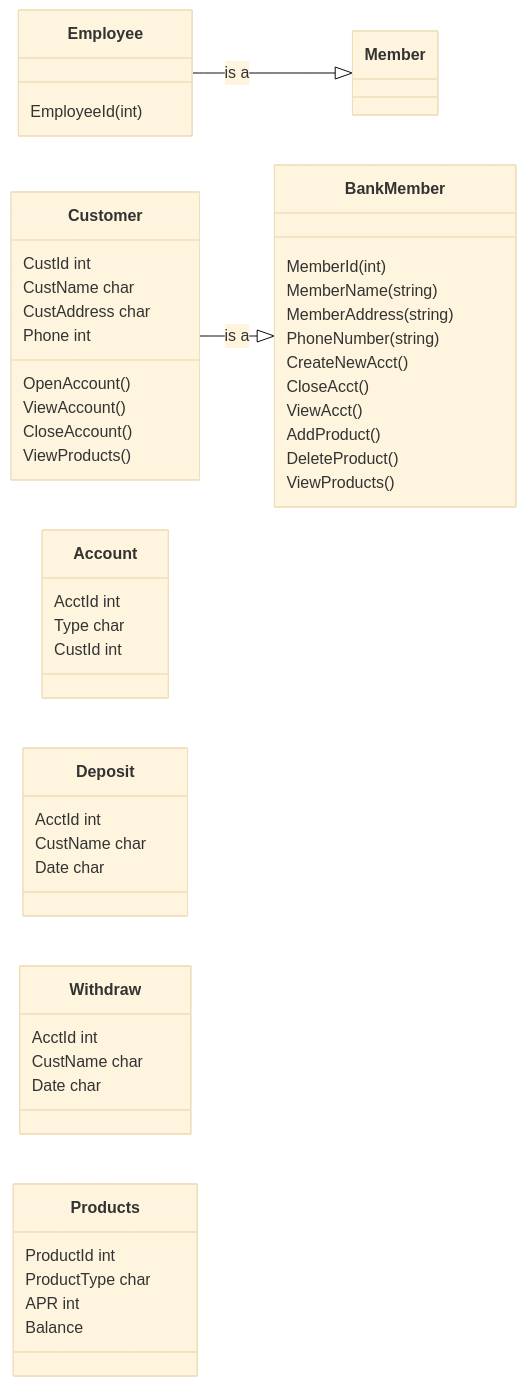
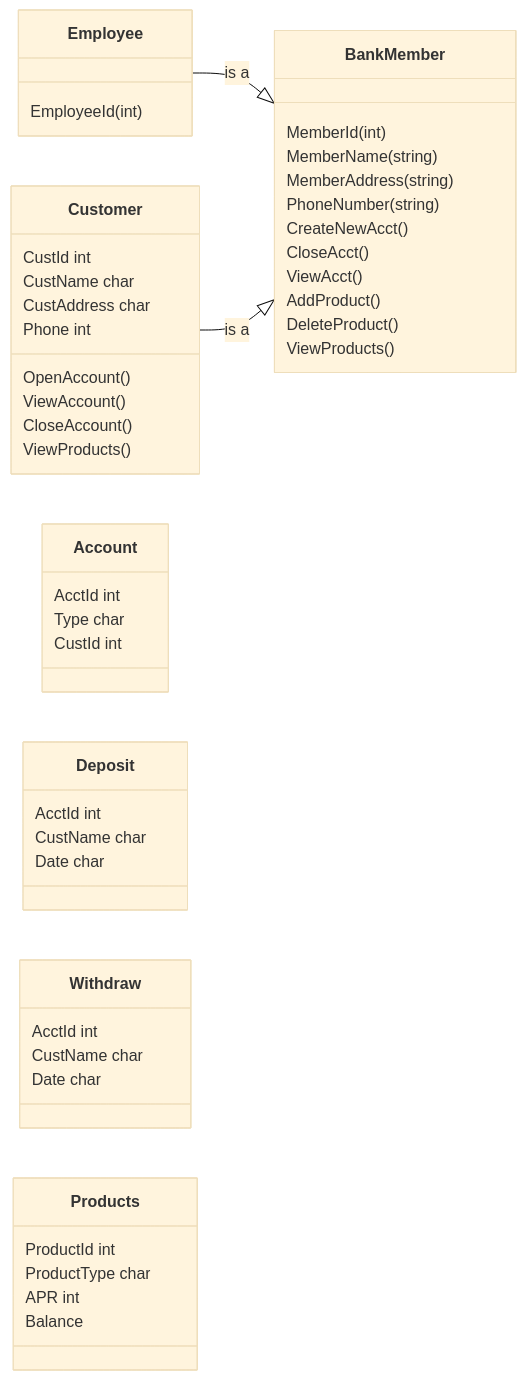
Before and after one commit to Marcus-Snell/Test: the diagram in mermaid.md, drawn with Mermaid (base theme).

````diff
--- a/mermaid.md
+++ b/mermaid.md
@@ -1,51 +1,51 @@
 ```mermaid
 classDiagram
 direction LR
 BankMember
 BankMember : MemberId(int)
 BankMember : MemberName(string)
 BankMember : MemberAddress(string)
 BankMember : PhoneNumber(string)
 BankMember : CreateNewAcct()
 BankMember: CloseAcct()
 BankMember : ViewAcct()
 BankMember : AddProduct()
 BankMember : DeleteProduct()
 BankMember : ViewProducts()
 
-Employee --|> Member : is a
+Employee --|> BankMember : is a
 Employee : EmployeeId(int)
 
 Customer --|> BankMember : is a
 Customer : CustId int
 Customer : CustName char
 Customer : CustAddress char
 Customer : Phone int
 Customer : OpenAccount()
 Customer : ViewAccount()
 Customer : CloseAccount()
 Customer : ViewProducts()
 
 Account
 Account : AcctId int
 Account : Type char
 Account : CustId int
 
 Deposit
 Deposit : AcctId int
 Deposit : CustName char
 Deposit : Date char
 
 Withdraw
 Withdraw : AcctId int
 Withdraw : CustName char
 Withdraw : Date char
 
 
 Products : ProductId int
 Products : ProductType char
 Products : APR int
 Products : Balance
 
 
 ```
````
